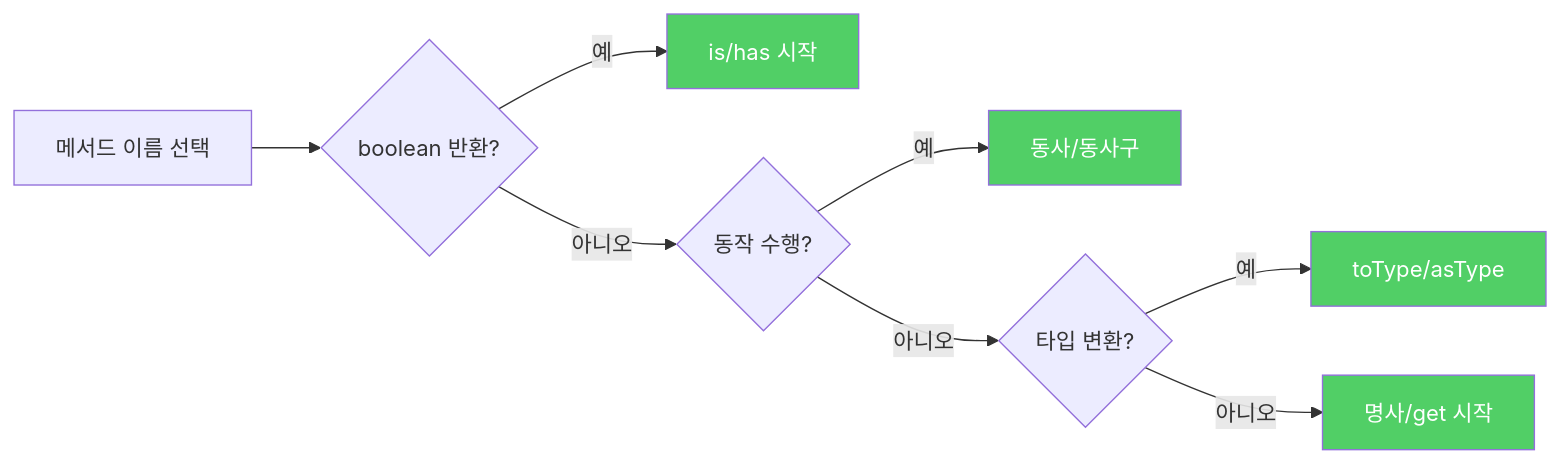
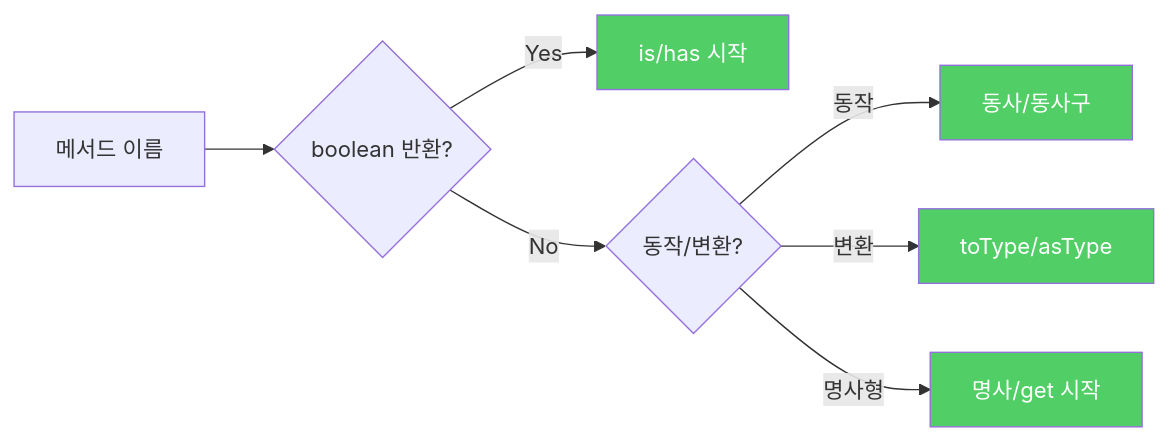
One commit to yjkim2015/yjkim2015.github.io changed the diagram in _posts/java/2022-02-13-effective-java68.md. Above: the diagram before and after it, drawn with Mermaid. The commit also changed 245 other files, not shown here.

First line of the commit message:
Mermaid 다이어그램 전면 수정 + 면접 포인트 접기/펼치기 + DB 데드락 페이지

````diff
--- a/_posts/java/2022-02-13-effective-java68.md
+++ b/_posts/java/2022-02-13-effective-java68.md
@@ -87,14 +87,13 @@
 ```mermaid
 graph LR
-    A["메서드 이름 선택"] --> B{"boolean 반환?"}
-    B -- 예 --> C["is/has 시작"]
-    B -- 아니오 --> D{"동작 수행?"}
-    D -- 예 --> E["동사/동사구"]
-    D -- 아니오 --> F{"타입 변환?"}
-    F -- 예 --> G["toType/asType"]
-    F -- 아니오 --> H["명사/get 시작"]
+    A["메서드 이름"] --> B{"boolean 반환?"}
+    B -->|"Yes"| C["is/has 시작"]
+    B -->|"No"| D{"동작/변환?"}
+    D -->|"동작"| E["동사/동사구"]
+    D -->|"변환"| F["toType/asType"]
+    D -->|"명사형"| G["명사/get 시작"]
     style C fill:#51cf66,color:#fff
     style E fill:#51cf66,color:#fff
+    style F fill:#51cf66,color:#fff
     style G fill:#51cf66,color:#fff
-    style H fill:#51cf66,color:#fff
 ```
````
